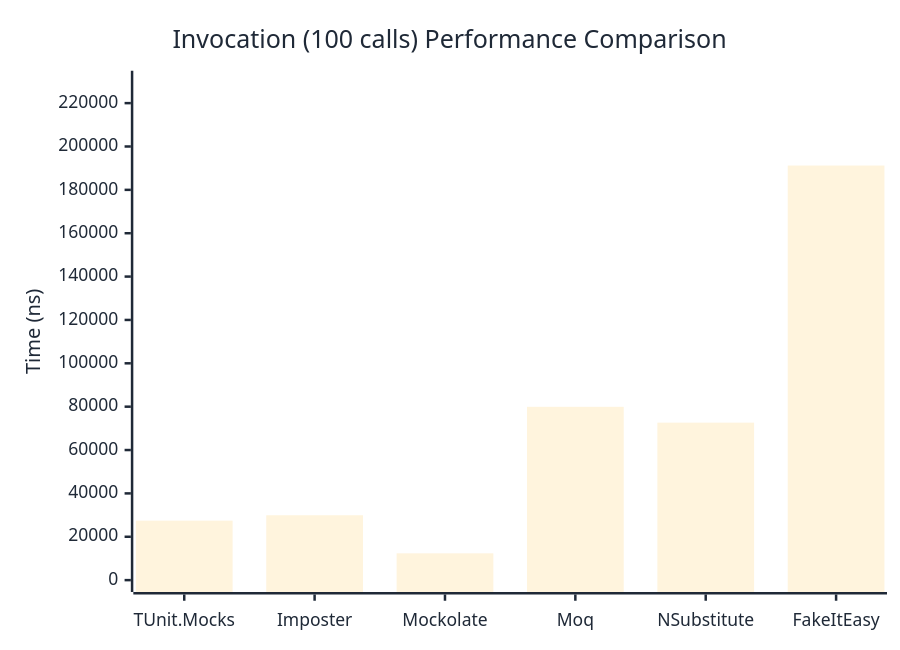
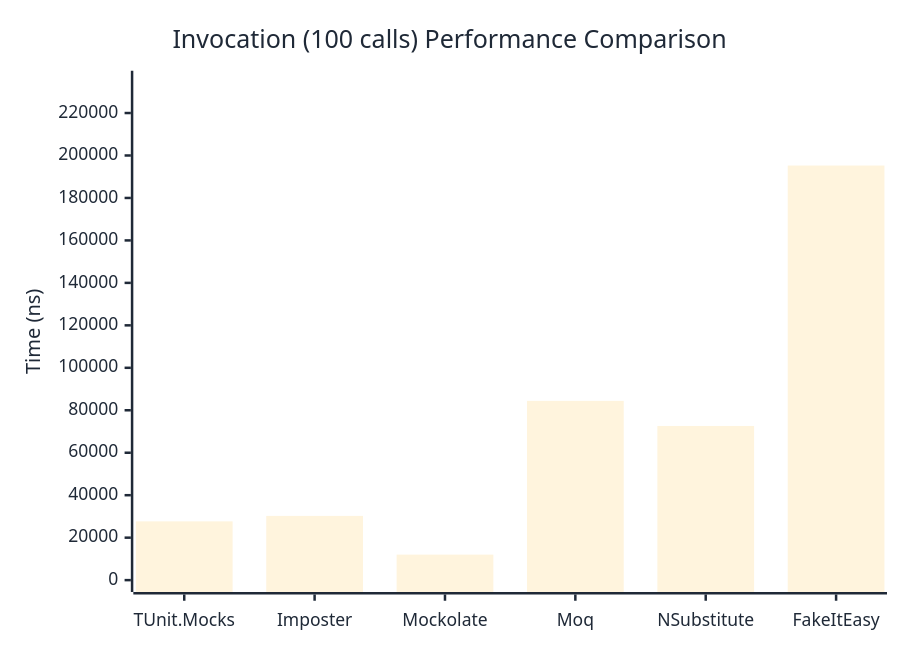
Before and after one commit to thomhurst/TUnit: the third of 3 diagrams in docs/docs/benchmarks/mocks/Invocation.md, drawn with Mermaid. The commit also changed other lines of this file and 14 other files, not shown here.

````diff
--- a/docs/docs/benchmarks/mocks/Invocation.md
+++ b/docs/docs/benchmarks/mocks/Invocation.md
@@ -112,27 +112,27 @@
 ```mermaid
 %%{init: {
   'theme':'base',
   'themeVariables': {
     'primaryColor': '#2563eb',
     'primaryTextColor': '#1f2937',
     'primaryBorderColor': '#1e40af',
     'lineColor': '#6b7280',
     'secondaryColor': '#7c3aed',
     'tertiaryColor': '#dc2626',
     'background': '#ffffff',
     'pie1': '#2563eb',
     'pie2': '#7c3aed',
     'pie3': '#dc2626',
     'pie4': '#f59e0b',
     'pie5': '#10b981',
     'pie6': '#06b6d4',
     'pie7': '#ec4899',
     'pie8': '#6366f1'
   }
 }}%%
 xychart-beta
   title "Invocation (100 calls) Performance Comparison"
   x-axis ["TUnit.Mocks", "Imposter", "Mockolate", "Moq", "NSubstitute", "FakeItEasy"]
-  y-axis "Time (ns)" 0 --> 229457
-  bar [27436.8, 29919.3, 12357.5, 79939.7, 72628.9, 191214]
+  y-axis "Time (ns)" 0 --> 234318
+  bar [27671.7, 30246.9, 12012.9, 84421.8, 72612.7, 195264.4]
 ```
````
